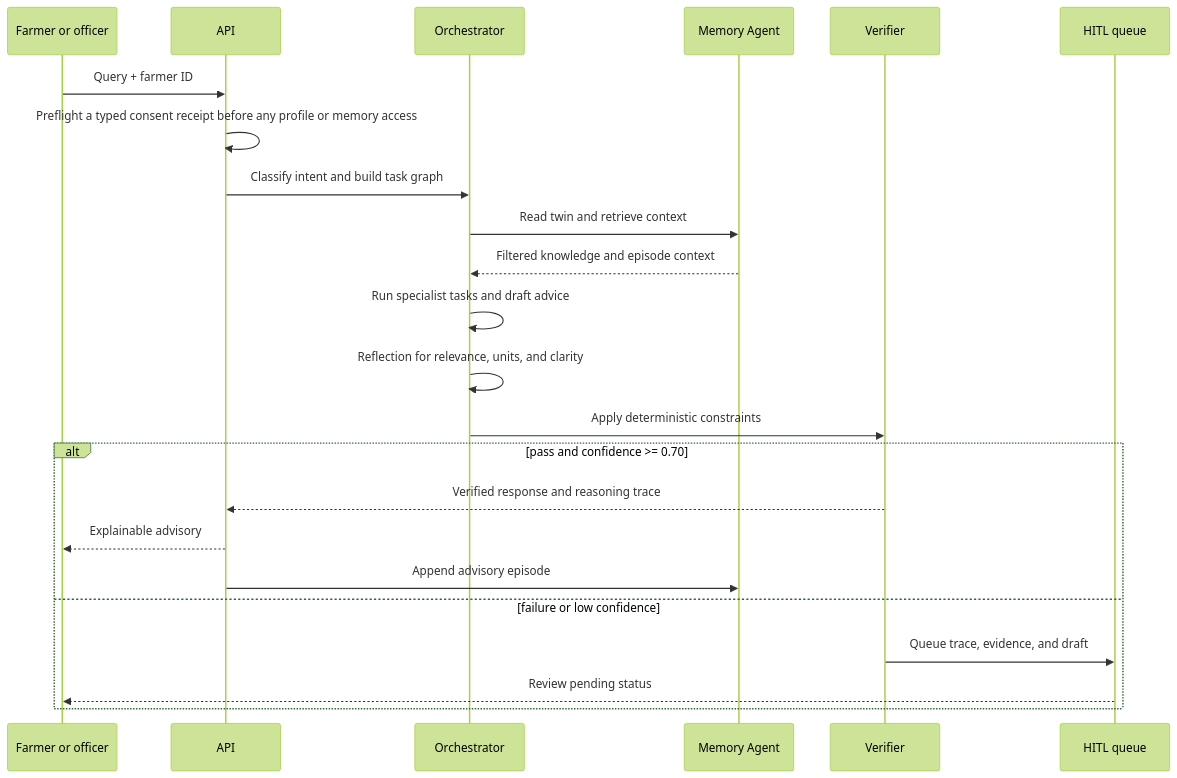
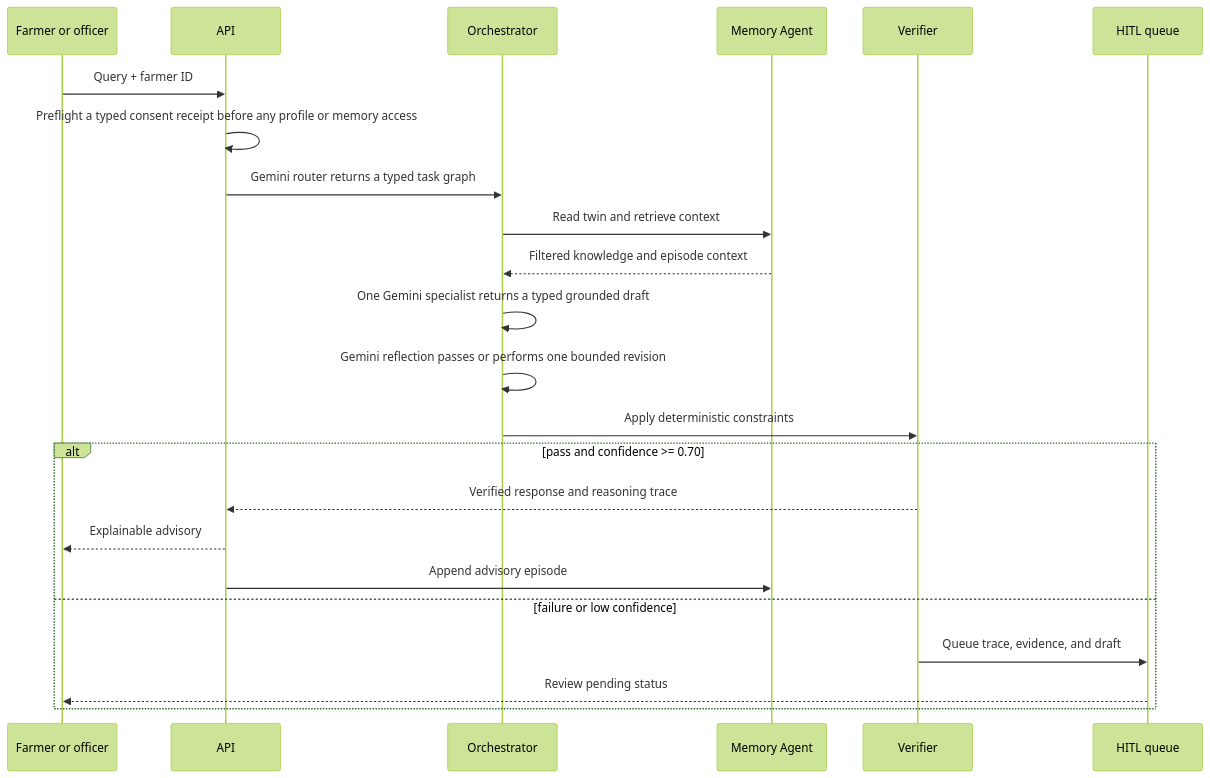
The second of 2 diagrams in Docs/ARCHITECTURE.md (MUKUL-PRASAD-SIGH/SasyaAI), drawn with Mermaid (forest theme) before and after one commit. The commit also changed other lines of this file and 65 other files, not shown here.

````diff
--- a/Docs/ARCHITECTURE.md
+++ b/Docs/ARCHITECTURE.md
@@ -54,26 +54,26 @@
 ```mermaid
 sequenceDiagram
     participant U as Farmer or officer
     participant A as API
     participant O as Orchestrator
     participant M as Memory Agent
     participant V as Verifier
     participant H as HITL queue
 
     U->>A: Query + farmer ID
     A->>A: Preflight a typed consent receipt before any profile or memory access
-    A->>O: Classify intent and build task graph
+    A->>O: Gemini router returns a typed task graph
     O->>M: Read twin and retrieve context
     M-->>O: Filtered knowledge and episode context
-    O->>O: Run specialist tasks and draft advice
-    O->>O: Reflection for relevance, units, and clarity
+    O->>O: One Gemini specialist returns a typed grounded draft
+    O->>O: Gemini reflection passes or performs one bounded revision
     O->>V: Apply deterministic constraints
     alt pass and confidence >= 0.70
         V-->>A: Verified response and reasoning trace
         A-->>U: Explainable advisory
         A->>M: Append advisory episode
     else failure or low confidence
         V->>H: Queue trace, evidence, and draft
         H-->>U: Review pending status
     end
 ```
````
